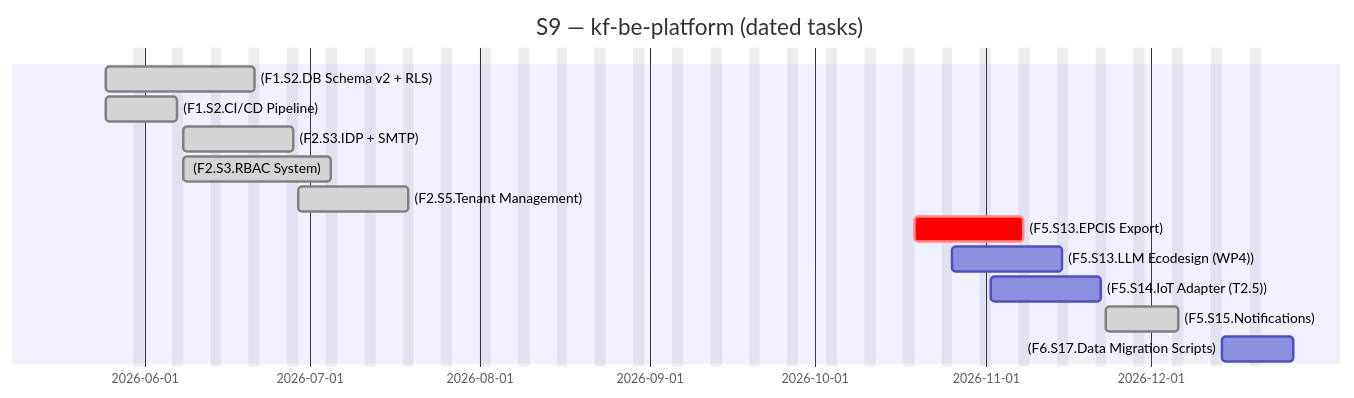
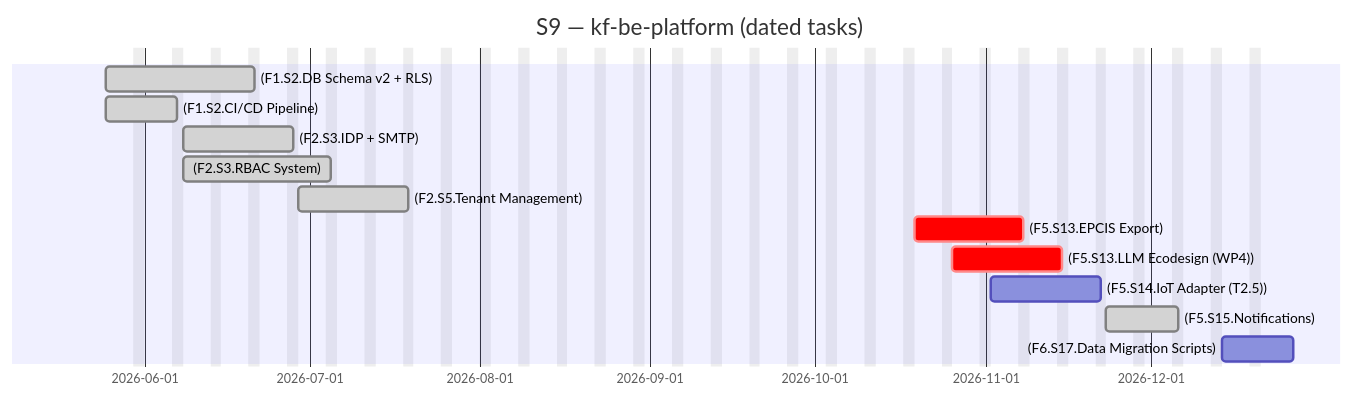
One commit to Katty-Fashion/kf-cpto changed the second of 2 diagrams in docs/_projects/kf-be-platform.md. Above: the diagram before and after it, drawn with Mermaid. The commit also changed other lines of this file and 15 other files, not shown here.

````diff
--- a/docs/_projects/kf-be-platform.md
+++ b/docs/_projects/kf-be-platform.md
@@ -82,17 +82,17 @@
 ```mermaid
 gantt
     title S9 — kf-be-platform (dated tasks)
     dateFormat YYYY-MM-DD
     excludes weekends
 
     (F1.S2.DB Schema v2 + RLS) :done, 2026-05-25, 2026-06-21
     (F1.S2.CI/CD Pipeline) :done, 2026-05-25, 2026-06-07
     (F2.S3.IDP + SMTP) :done, 2026-06-08, 2026-06-28
     (F2.S3.RBAC System) :done, 2026-06-08, 2026-07-05
     (F2.S5.Tenant Management) :done, 2026-06-29, 2026-07-19
     (F5.S13.EPCIS Export) :crit, 2026-10-19, 2026-11-08
-    (F5.S13.LLM Ecodesign (WP4)) :2026-10-26, 2026-11-15
+    (F5.S13.LLM Ecodesign (WP4)) :crit, 2026-10-26, 2026-11-15
     (F5.S14.IoT Adapter (T2.5)) :2026-11-02, 2026-11-22
     (F5.S15.Notifications) :done, 2026-11-23, 2026-12-06
     (F6.S17.Data Migration Scripts) :2026-12-14, 2026-12-27
 ```
````
